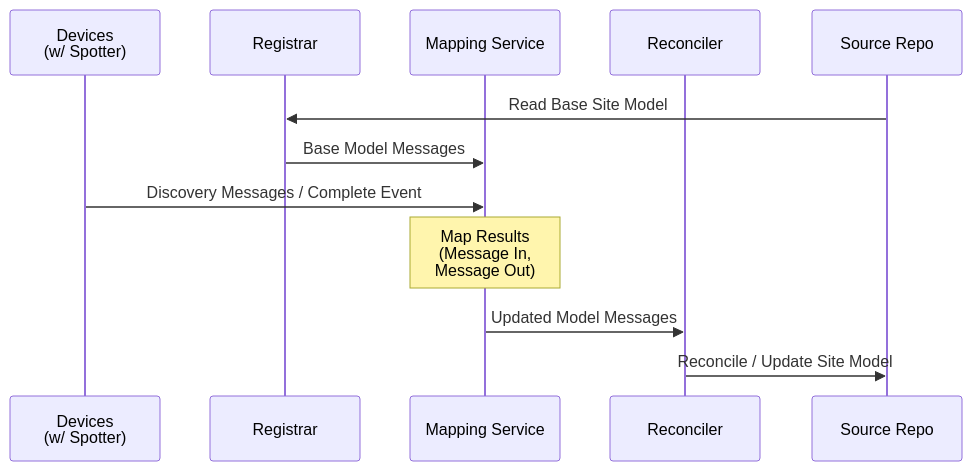
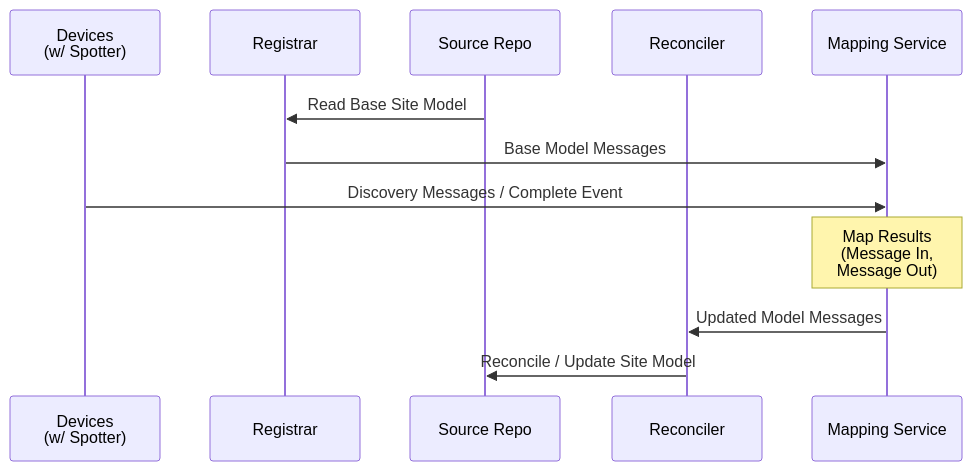
Before and after one commit to faucetsdn/udmi: the first of 2 diagrams in docs/specs/mapping.md, drawn with Mermaid. The commit also changed other lines of this file, not shown here.

````diff
--- a/docs/specs/mapping.md
+++ b/docs/specs/mapping.md
@@ -24,16 +22,16 @@
 ```mermaid
 sequenceDiagram
   %%{wrap}%%
   participant Devices as Devices<br/>(w/ Spotter)
   participant Registrar
+  participant Source Repo 
+  participant Reconciler
   participant Mapping Service
-  participant Reconciler
-  participant Source Repo 
   
   Source Repo->>Registrar: Read Base Site Model
   Registrar->>Mapping Service: Base Model Messages
   Devices->>Mapping Service: Discovery Messages / Complete Event
   Note over Mapping Service: Map Results (Message In, Message Out)
   Mapping Service->>Reconciler: Updated Model Messages
   Reconciler->>Source Repo: Reconcile / Update Site Model
 ```
````
